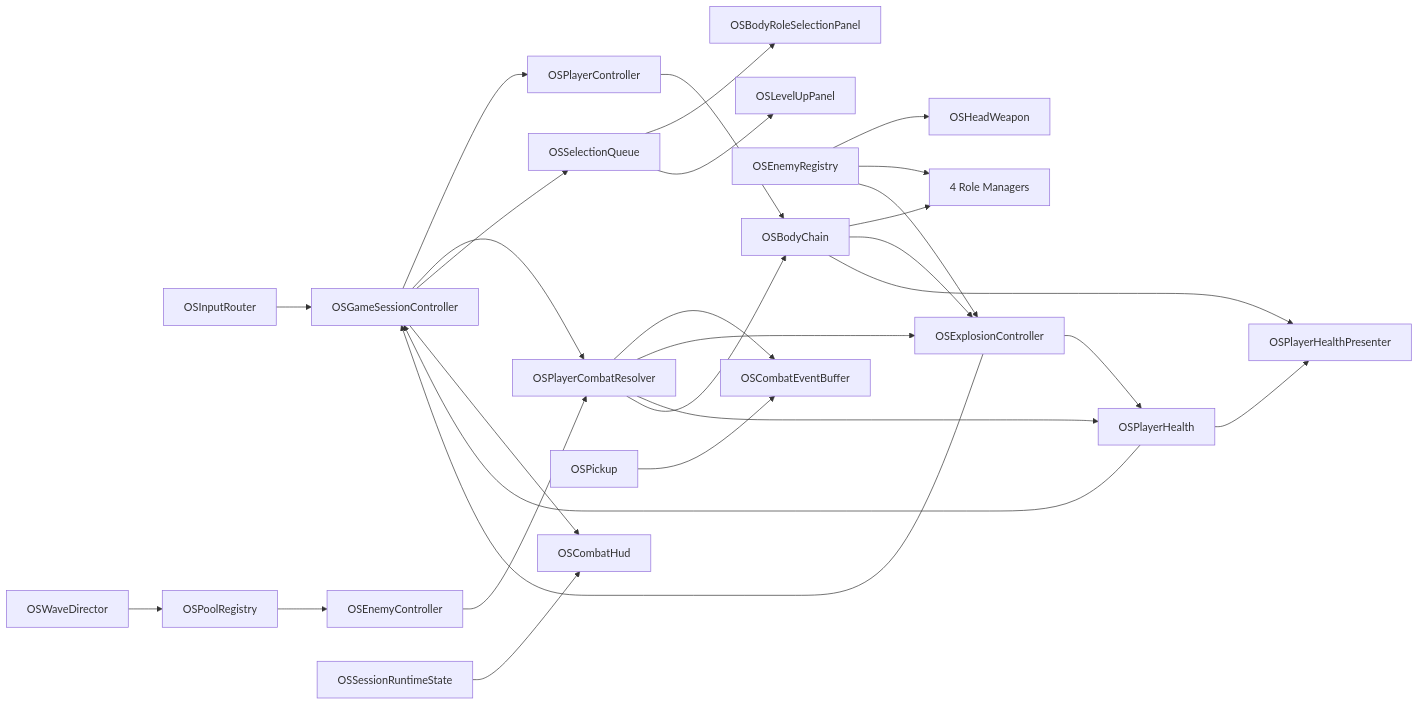
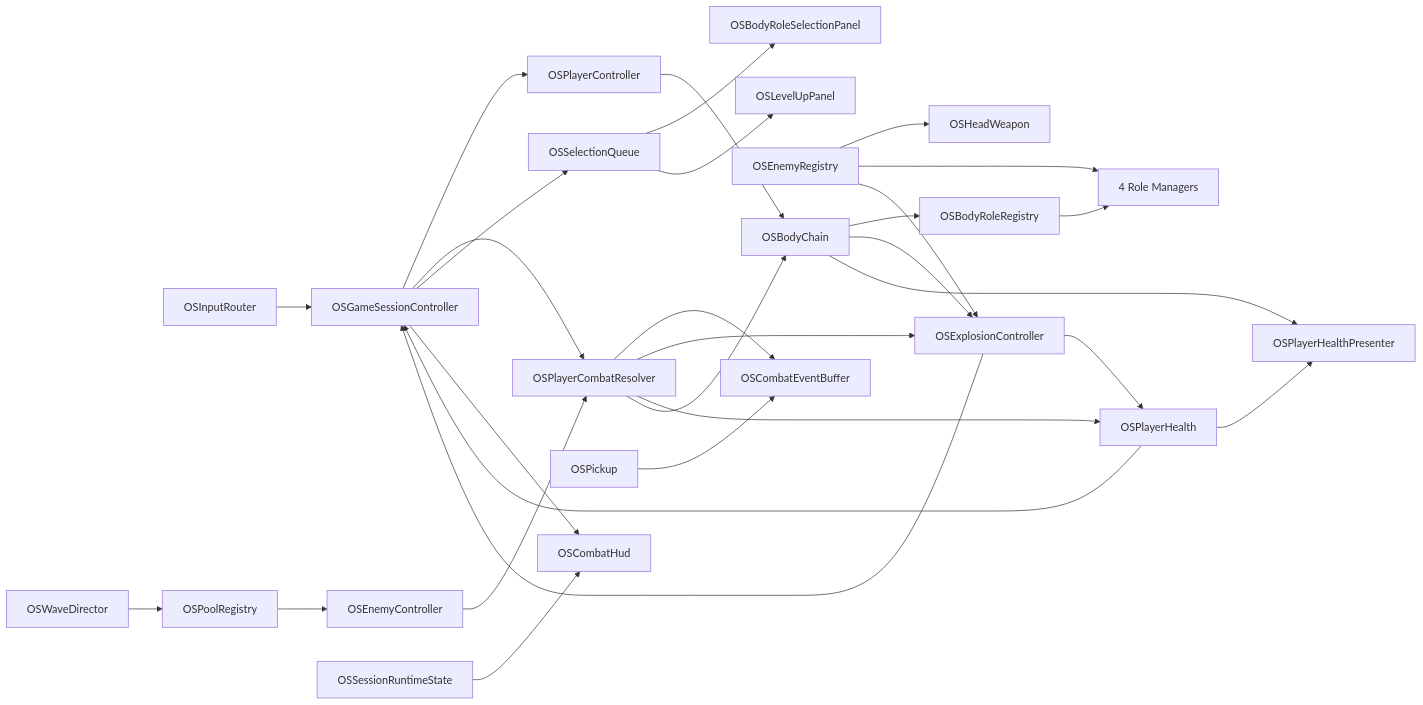
One commit to WackyGameStudio/Ouroboros changed the diagram in docs/OUROBOROS_SWARM_Unity_설계서.md. Above: the diagram before and after it, drawn with Mermaid. The commit also changed other lines of this file and 35 other files, not shown here.

````diff
--- a/docs/OUROBOROS_SWARM_Unity_설계서.md
+++ b/docs/OUROBOROS_SWARM_Unity_설계서.md
@@ -1012,30 +1015,31 @@
 ```mermaid
 flowchart LR
     Input[OSInputRouter] --> Session[OSGameSessionController]
     Session --> Player[OSPlayerController]
     Session --> Resolver[OSPlayerCombatResolver]
     Resolver --> Buffer[OSCombatEventBuffer]
     Session --> Queue[OSSelectionQueue]
     Player --> Chain[OSBodyChain]
-    Chain --> Roles[4 Role Managers]
+    Chain --> RoleRegistry[OSBodyRoleRegistry]
+    RoleRegistry --> Roles[4 Role Managers]
     Chain --> Explosion[OSExplosionController]
     Resolver --> Explosion
     Registry[OSEnemyRegistry] --> Head[OSHeadWeapon]
     Registry --> Roles
     Registry --> Explosion
     Wave[OSWaveDirector] --> Pool[OSPoolRegistry]
     Pool --> Enemy[OSEnemyController]
     Enemy --> Resolver
     Pickup[OSPickup] --> Buffer
     Resolver --> Health[OSPlayerHealth]
     Resolver --> Chain
     Explosion --> Health
     Explosion --> Session
     Health --> Session
     Runtime[OSSessionRuntimeState] --> HUD[OSCombatHud]
     Health --> HealthHUD[OSPlayerHealthPresenter]
     Chain --> HealthHUD
     Session --> HUD
     Queue --> BodyUI[OSBodyRoleSelectionPanel]
     Queue --> LevelUI[OSLevelUpPanel]
 ```
````
